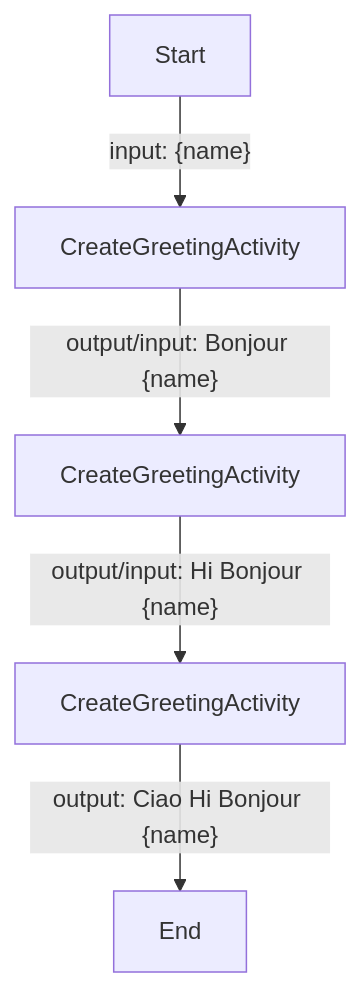
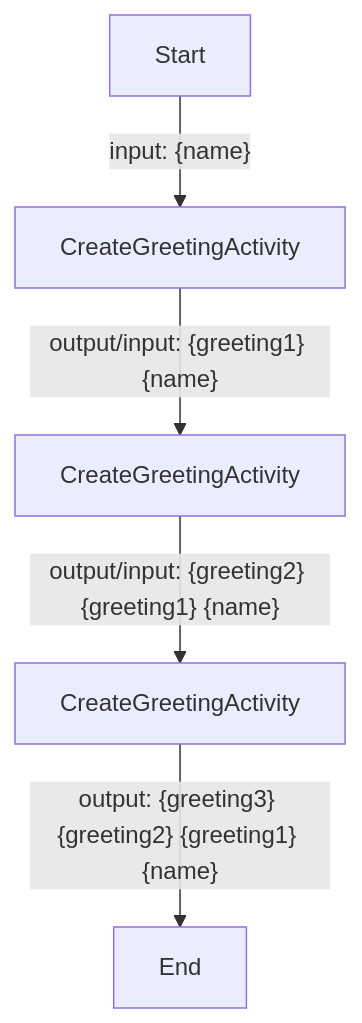
One commit to diagrid-labs/dapr-workflow-demos changed the second of 6 diagrams in README.md. Above: the diagram before and after it, drawn with Mermaid. The commit also changed other lines of this file, not shown here.

````diff
--- a/README.md
+++ b/README.md
@@ -89,11 +89,11 @@
 ```mermaid
 graph TD
     A[Start]
     B1[CreateGreetingActivity]
     B2[CreateGreetingActivity]
     B3[CreateGreetingActivity]
     C[End]
-    A -->|"input: {name}"| B1 -->|"output/input: Bonjour {name}"| B2
-    B2 -->|"output/input: Hi Bonjour {name}"| B3
-    B3 -->|"output: Ciao Hi Bonjour {name}"| C
+    A -->|"input: {name}"| B1 -->|"output/input: {greeting1} {name}"| B2
+    B2 -->|"output/input: {greeting2} {greeting1} {name}"| B3
+    B3 -->|"output: {greeting3} {greeting2} {greeting1} {name}"| C
 ```
````
